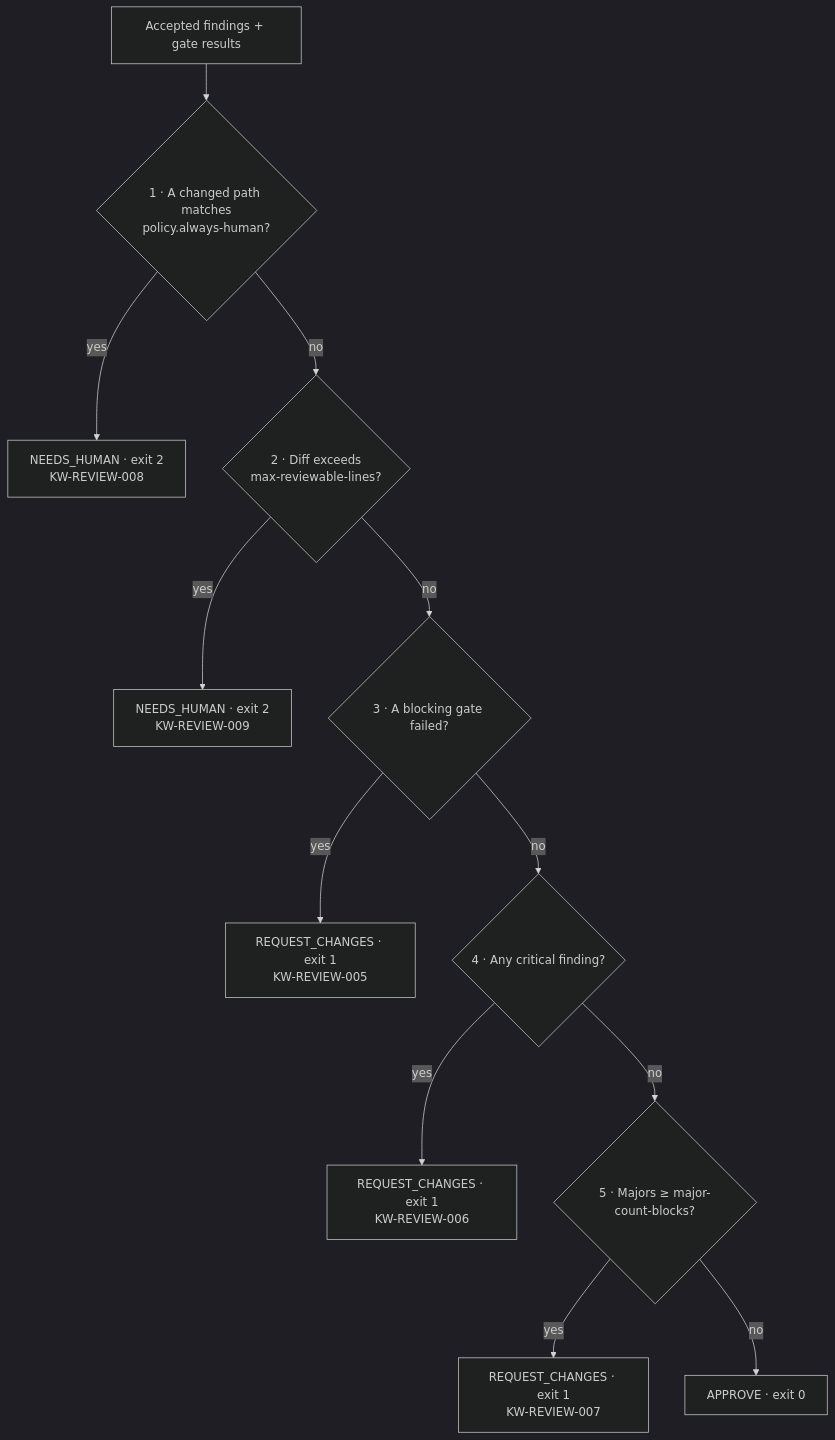
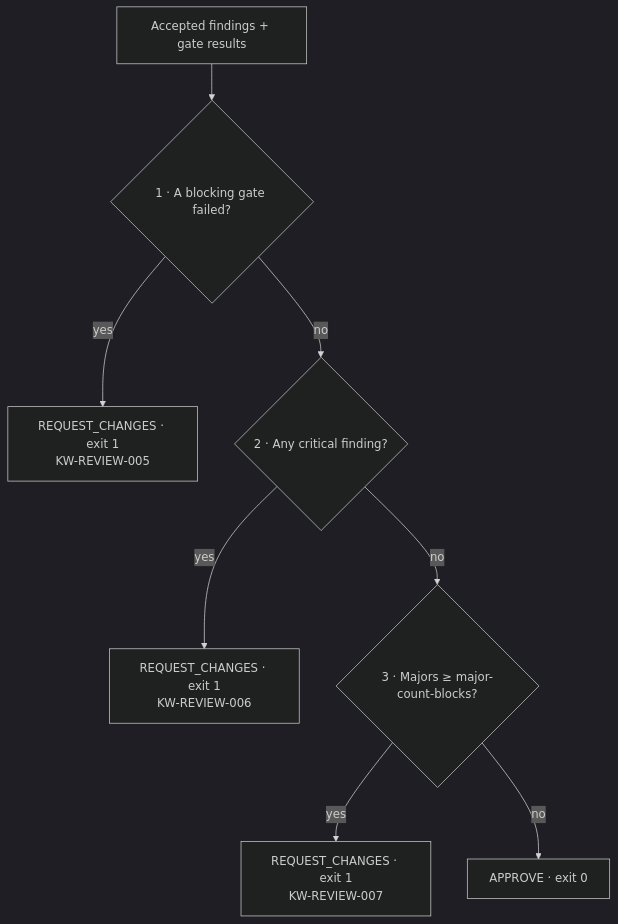
Before and after one commit to dpalfery/kyber-weave: the fifth of 5 diagrams in docs/code-review/architecture.md, drawn with Mermaid (dark theme). The commit also changed other lines of this file and 44 other files, not shown here.

Commit message:
feat(review): remove NEEDS_HUMAN verdict and escalate-to-human policy rules

````diff
--- a/docs/code-review/architecture.md
+++ b/docs/code-review/architecture.md
@@ -333,14 +331,10 @@
 ```mermaid
 flowchart TD
-    Start["Accepted findings + gate results"] --> R1{"1 · A changed path matches<br/>policy.always-human?"}
-    R1 -->|"yes"| NH["NEEDS_HUMAN · exit 2<br/>KW-REVIEW-008"]
-    R1 -->|"no"| R2{"2 · Diff exceeds<br/>max-reviewable-lines?"}
-    R2 -->|"yes"| NH2["NEEDS_HUMAN · exit 2<br/>KW-REVIEW-009"]
-    R2 -->|"no"| R3{"3 · A blocking gate failed?"}
-    R3 -->|"yes"| RC["REQUEST_CHANGES · exit 1<br/>KW-REVIEW-005"]
-    R3 -->|"no"| R4{"4 · Any critical finding?"}
-    R4 -->|"yes"| RC2["REQUEST_CHANGES · exit 1<br/>KW-REVIEW-006"]
-    R4 -->|"no"| R5{"5 · Majors ≥ major-count-blocks?"}
-    R5 -->|"yes"| RC3["REQUEST_CHANGES · exit 1<br/>KW-REVIEW-007"]
-    R5 -->|"no"| AP["APPROVE · exit 0"]
+    Start["Accepted findings + gate results"] --> R1{"1 · A blocking gate failed?"}
+    R1 -->|"yes"| RC["REQUEST_CHANGES · exit 1<br/>KW-REVIEW-005"]
+    R1 -->|"no"| R2{"2 · Any critical finding?"}
+    R2 -->|"yes"| RC2["REQUEST_CHANGES · exit 1<br/>KW-REVIEW-006"]
+    R2 -->|"no"| R3{"3 · Majors ≥ major-count-blocks?"}
+    R3 -->|"yes"| RC3["REQUEST_CHANGES · exit 1<br/>KW-REVIEW-007"]
+    R3 -->|"no"| AP["APPROVE · exit 0"]
 ```
````
